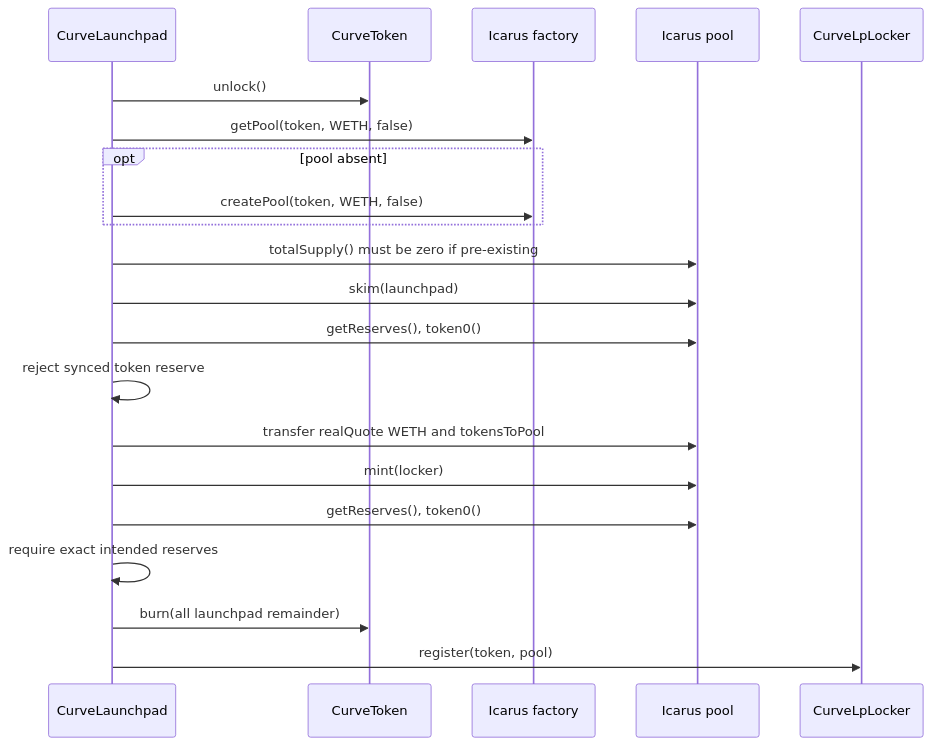
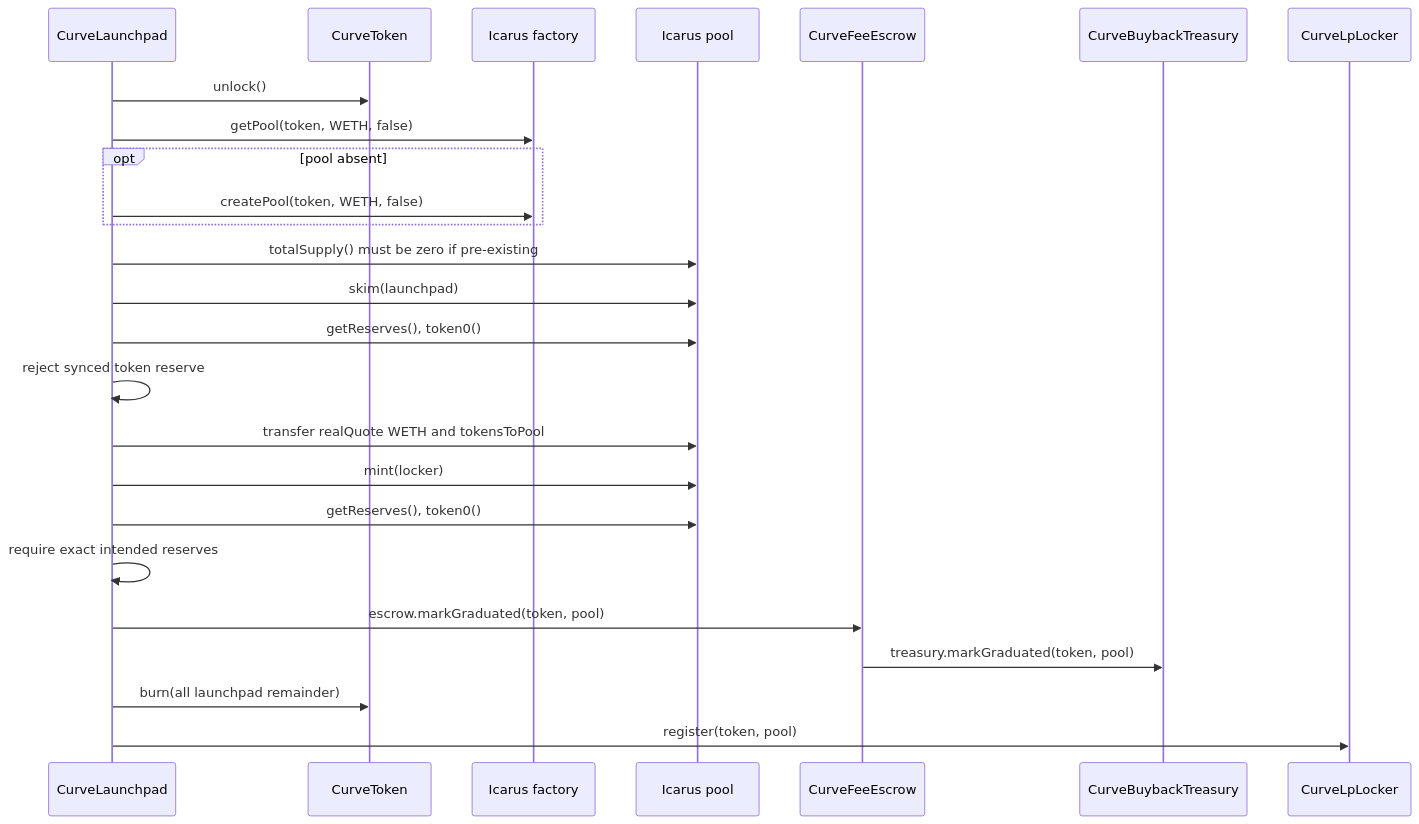
One commit to stagezerolabs/curveball.fun changed the first of 2 diagrams in contracts/docs/integration-spec.md. Above: the diagram before and after it, drawn with Mermaid. The commit also changed other lines of this file and 53 other files, not shown here.

````diff
--- a/contracts/docs/integration-spec.md
+++ b/contracts/docs/integration-spec.md
@@ -77,24 +87,28 @@
 ```mermaid
 sequenceDiagram
     participant L as CurveLaunchpad
     participant T as CurveToken
     participant F as Icarus factory
     participant P as Icarus pool
+    participant E as CurveFeeEscrow
+    participant B as CurveBuybackTreasury
     participant X as CurveLpLocker
 
     L->>T: unlock()
     L->>F: getPool(token, WETH, false)
     opt pool absent
         L->>F: createPool(token, WETH, false)
     end
     L->>P: totalSupply() must be zero if pre-existing
     L->>P: skim(launchpad)
     L->>P: getReserves(), token0()
     L->>L: reject synced token reserve
     L->>P: transfer realQuote WETH and tokensToPool
     L->>P: mint(locker)
     L->>P: getReserves(), token0()
     L->>L: require exact intended reserves
+    L->>E: escrow.markGraduated(token, pool)
+    E->>B: treasury.markGraduated(token, pool)
     L->>T: burn(all launchpad remainder)
     L->>X: register(token, pool)
 ```
````
